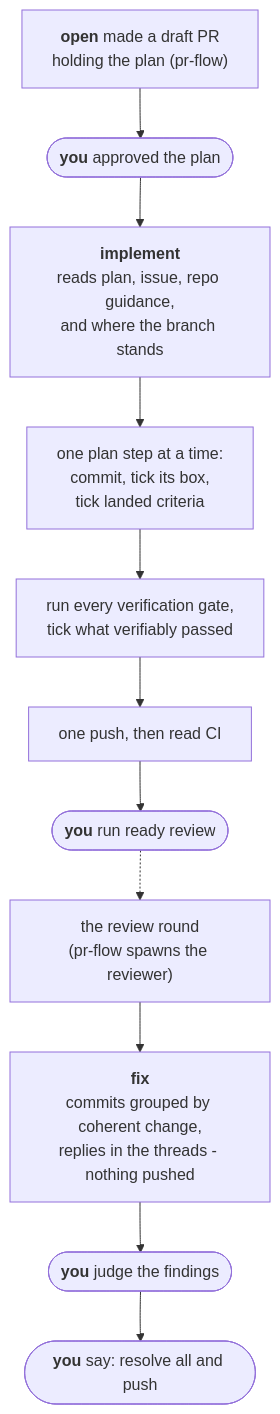
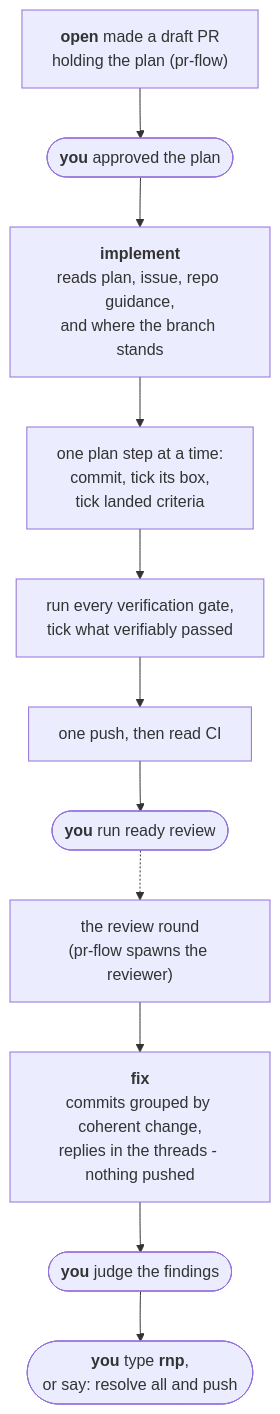
Before and after one commit to izkreny/agentifico: the diagram in plugins/gh-solo/skills/implement/README.md, drawn with Mermaid. The commit also changed other lines of this file and 12 other files, not shown here.

First line of the commit message:
feat(gh-solo): add rnp shortcut for resolve and push (#47)

````diff
--- a/plugins/gh-solo/skills/implement/README.md
+++ b/plugins/gh-solo/skills/implement/README.md
@@ -22,13 +22,13 @@
 ```mermaid
 flowchart TD
     A["<b>open</b> made a draft PR<br/>holding the plan (pr-flow)"] --> STOP(["<b>you</b> approved the plan"])
     STOP --> B["<b>implement</b><br/>reads plan, issue, repo guidance,<br/>and where the branch stands"]
     B --> C["one plan step at a time:<br/>commit, tick its box,<br/>tick landed criteria"]
     C --> D["run every verification gate,<br/>tick what verifiably passed"]
     D --> E["one push, then read CI"]
     E --> F(["<b>you</b> run ready review"])
     F -.-> G["the review round<br/>(pr-flow spawns the reviewer)"]
     G --> I["<b>fix</b><br/>commits grouped by coherent change,<br/>replies in the threads - nothing pushed"]
     I --> H(["<b>you</b> judge the findings"])
-    H --> J(["<b>you</b> say: resolve all and push"])
+    H --> J(["<b>you</b> type <b>rnp</b>,<br/>or say: resolve all and push"])
 ```
````
